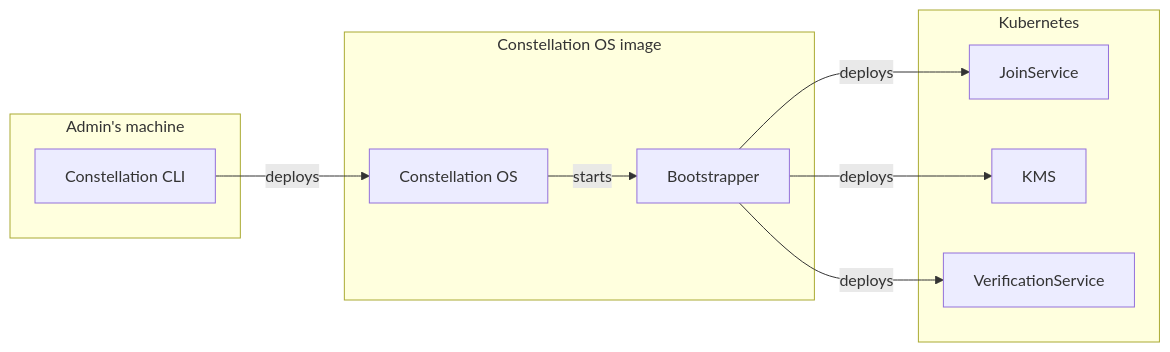
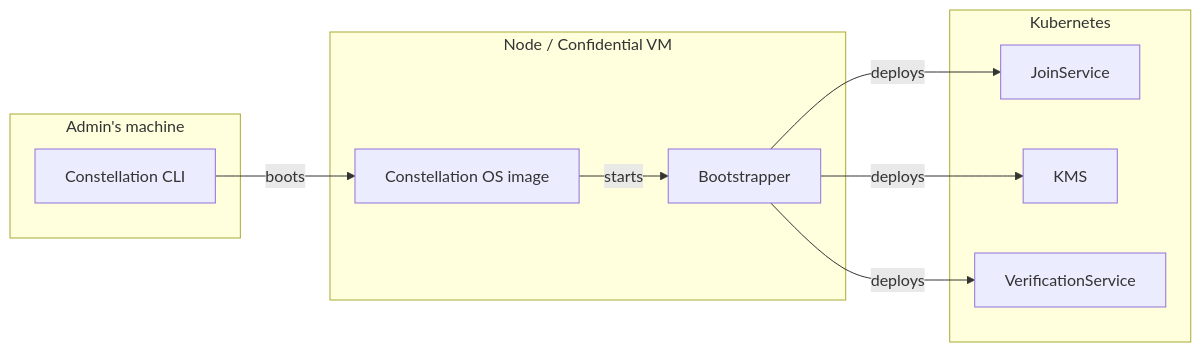
One commit to edgelesssys/constellation changed the first of 2 diagrams in docs/docs/architecture/components.md. Above: the diagram before and after it, drawn with Mermaid. The commit also changed other lines of this file, not shown here.

````diff
--- a/docs/docs/architecture/components.md
+++ b/docs/docs/architecture/components.md
@@ -16,20 +18,20 @@
 ```mermaid
 flowchart LR
     subgraph admin [Admin's machine]
         A[Constellation CLI]
     end
-    subgraph img [Constellation OS image]
-        B[Constellation OS]
+    subgraph img [Node / Confidential VM]
+        B[Constellation OS image]
         C[Bootstrapper]
     end
     subgraph Kubernetes
         D[JoinService]
         E[KMS]
         F[VerificationService]
     end
-    A -- deploys -->
+    A -- boots -->
     B -- starts --> C
     C -- deploys --> D
     C -- deploys --> E
     C -- deploys --> F
 ```
````
